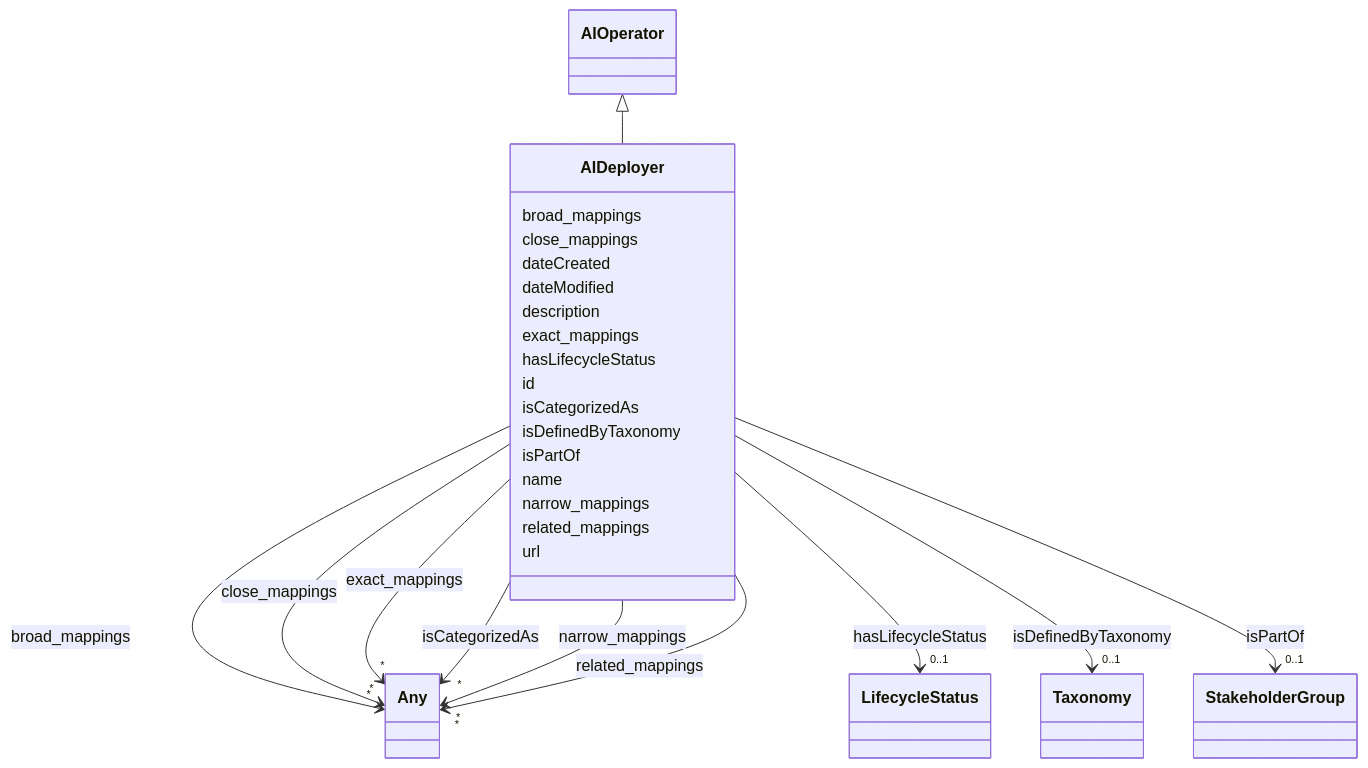
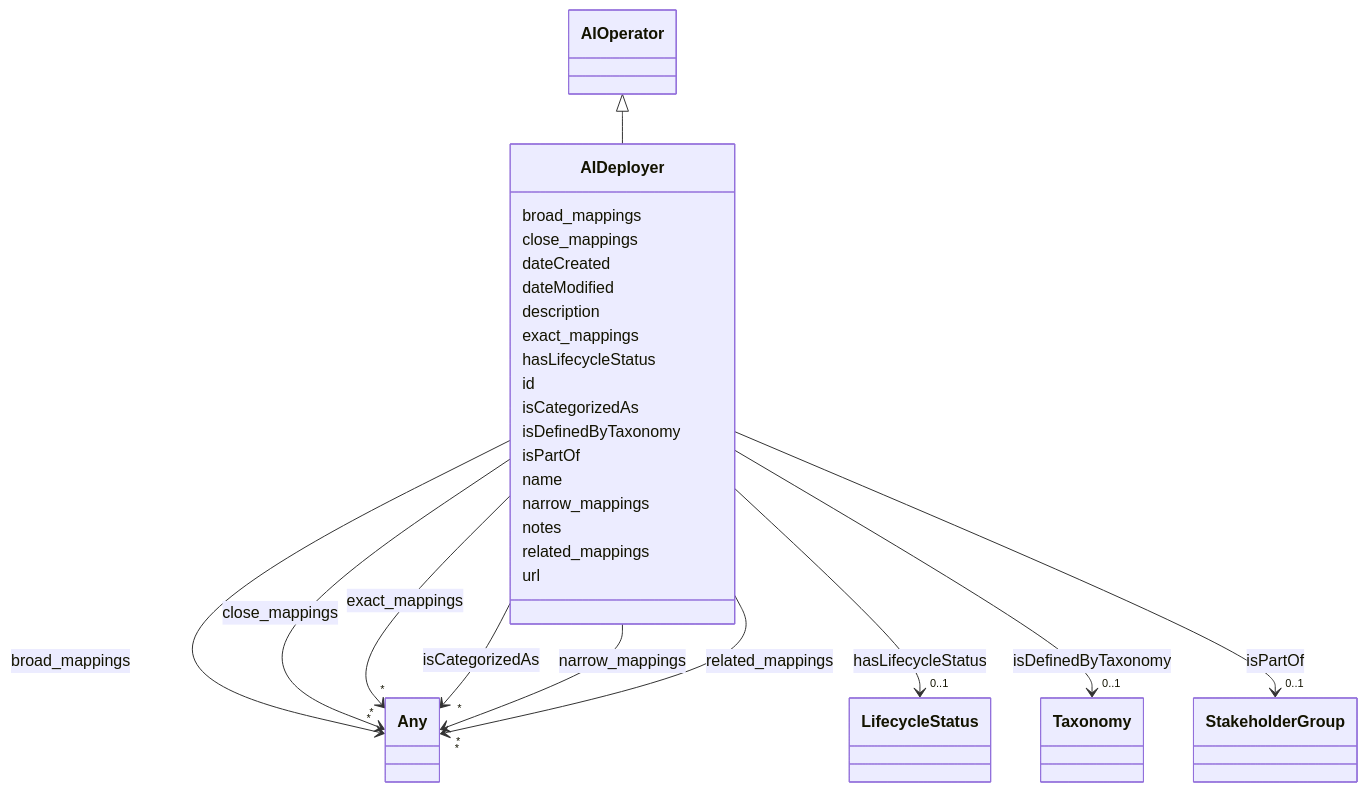
Before and after one commit to ingelise/risk-atlas-nexus: the diagram in docs/ontology/AIDeployer.md, drawn with Mermaid. The commit also changed other lines of this file and 318 other files, not shown here.

```diff
--- a/docs/ontology/AIDeployer.md
+++ b/docs/ontology/AIDeployer.md
@@ -116,6 +116,8 @@
 
 
 
+      AIDeployer : notes
+
       AIDeployer : related_mappings
 
 
```
